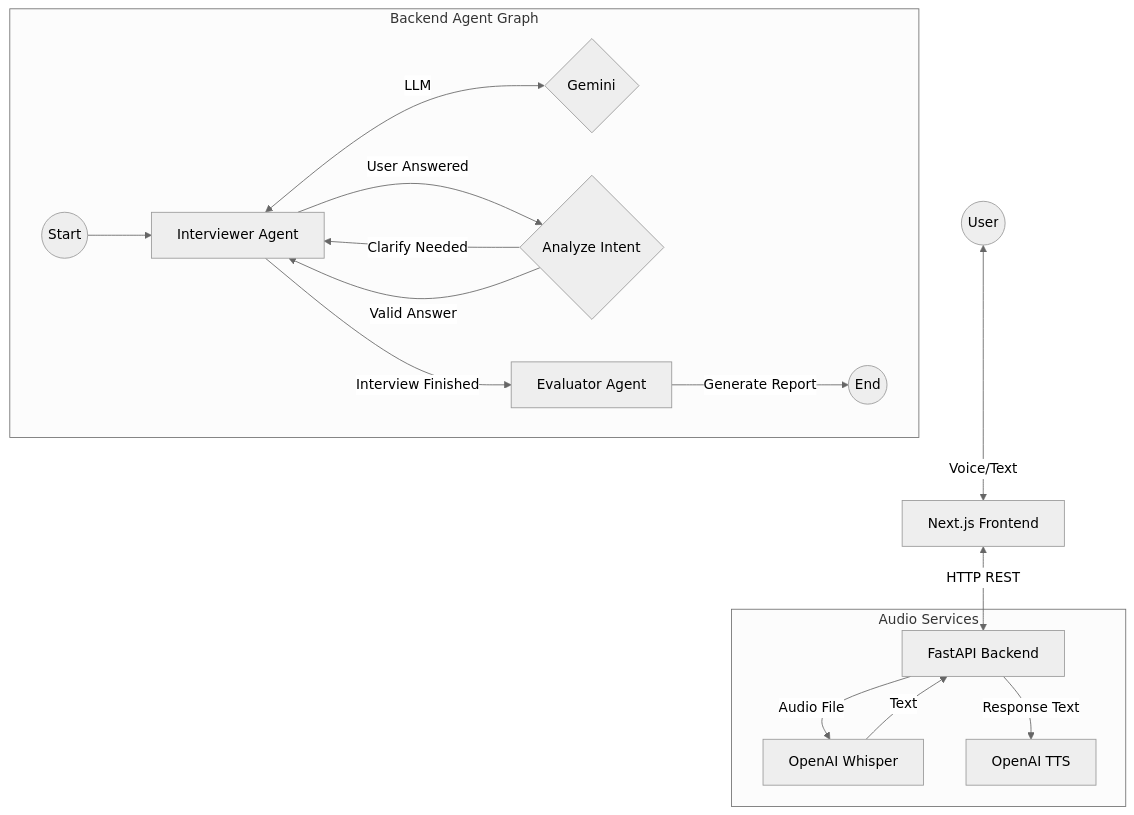
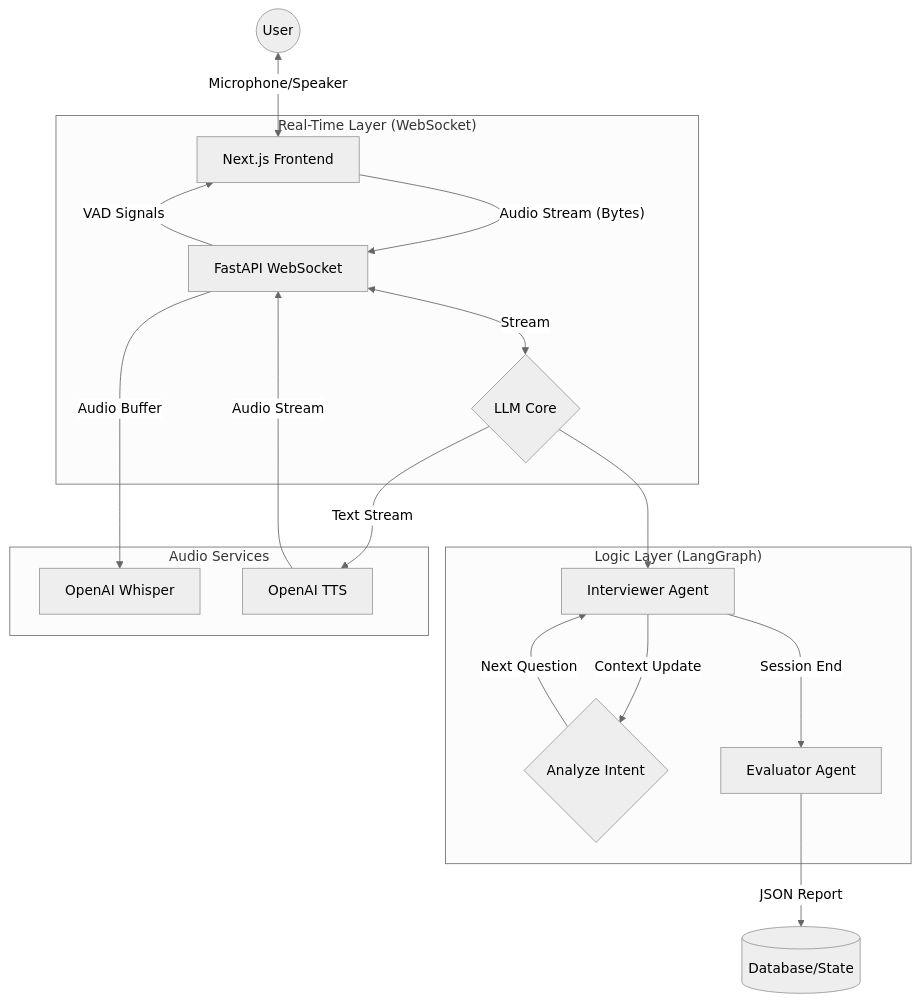
One commit to berkyalkn/adaptive-interview-agent changed the diagram in README.md. Above: the diagram before and after it, drawn with Mermaid (neutral theme). The commit also changed other lines of this file, not shown here.

````diff
--- a/README.md
+++ b/README.md
@@ -57,24 +45,25 @@
 ```mermaid
 graph TD
-    User((User)) <-->|Voice/Text| Frontend[Next.js Frontend]
-    Frontend <-->|HTTP REST| API[FastAPI Backend]
+    User((User)) <-->|Microphone/Speaker| Frontend[Next.js Frontend]
+    
+    subgraph "Real-Time Layer (WebSocket)"
+        Frontend -- "Audio Stream (Bytes)" --> WS_Endpoint[FastAPI WebSocket]
+        WS_Endpoint -- "VAD Signals" --> Frontend
+        WS_Endpoint <-->|Stream| Brain{LLM Core}
+    end
 
-    subgraph "Backend Agent Graph"
-        Start((Start)) --> Interviewer
-        
-        Interviewer[Interviewer Agent] <-->|LLM| Brain{Gemini}
-        
-        Interviewer -- "User Answered" --> Check{Analyze Intent}
-        Check -- "Clarify Needed" --> Interviewer
-        Check -- "Valid Answer" --> Interviewer
-        
-        Interviewer -- "Interview Finished" --> Evaluator[Evaluator Agent]
-        Evaluator -->|Generate Report| End((End))
+    subgraph "Logic Layer (LangGraph)"
+        Brain --> Interviewer[Interviewer Agent]
+        Interviewer -- "Context Update" --> Check{Analyze Intent}
+        Check -- "Next Question" --> Interviewer
+        Interviewer -- "Session End" --> Evaluator[Evaluator Agent]
     end
 
     subgraph "Audio Services"
-        API -- "Audio File" --> Whisper[OpenAI Whisper]
-        Whisper -- "Text" --> API
-        API -- "Response Text" --> TTS[OpenAI TTS]
+        WS_Endpoint -- "Audio Buffer" --> Whisper[OpenAI Whisper]
+        Brain -- "Text Stream" --> TTS[OpenAI TTS]
+        TTS -- "Audio Stream" --> WS_Endpoint
     end
+    
+    Evaluator -->|JSON Report| DB[(Database/State)]
 ```
````
